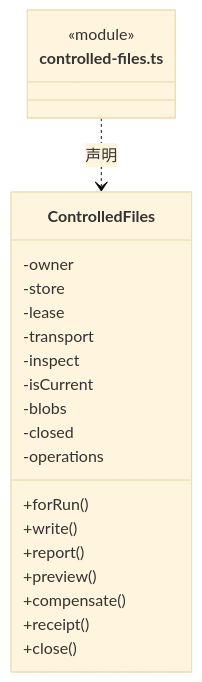
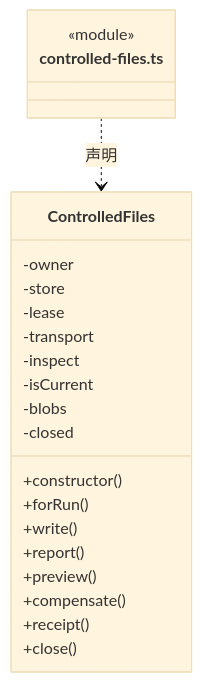
Before and after one commit to nan023062/cbim: the second of 5 diagrams in src/logic/file-operations/service/ARCHITECTURE.md, drawn with Mermaid (base theme). The commit also changed other lines of this file and 139 other files, not shown here.

Commit message:
docs(architecture): add source reading paths and complete file inventories

````diff
--- a/src/logic/file-operations/service/ARCHITECTURE.md
+++ b/src/logic/file-operations/service/ARCHITECTURE.md
@@ -35,25 +39,25 @@
 ```mermaid
 classDiagram
 class N_src_logic_file_operations_service_controlled_files_ts["controlled-files.ts"] {
   <<module>>
 }
 class N_src_logic_file_operations_service_controlled_files_ts_ControlledFiles["ControlledFiles"] {
+  +constructor()
   +forRun()
   +write()
   +report()
   +preview()
   +compensate()
   +receipt()
   +close()
   -owner
   -store
   -lease
   -transport
   -inspect
   -isCurrent
   -blobs
   -closed
-  -operations
 }
 N_src_logic_file_operations_service_controlled_files_ts ..> N_src_logic_file_operations_service_controlled_files_ts_ControlledFiles : 声明
 ```
````
